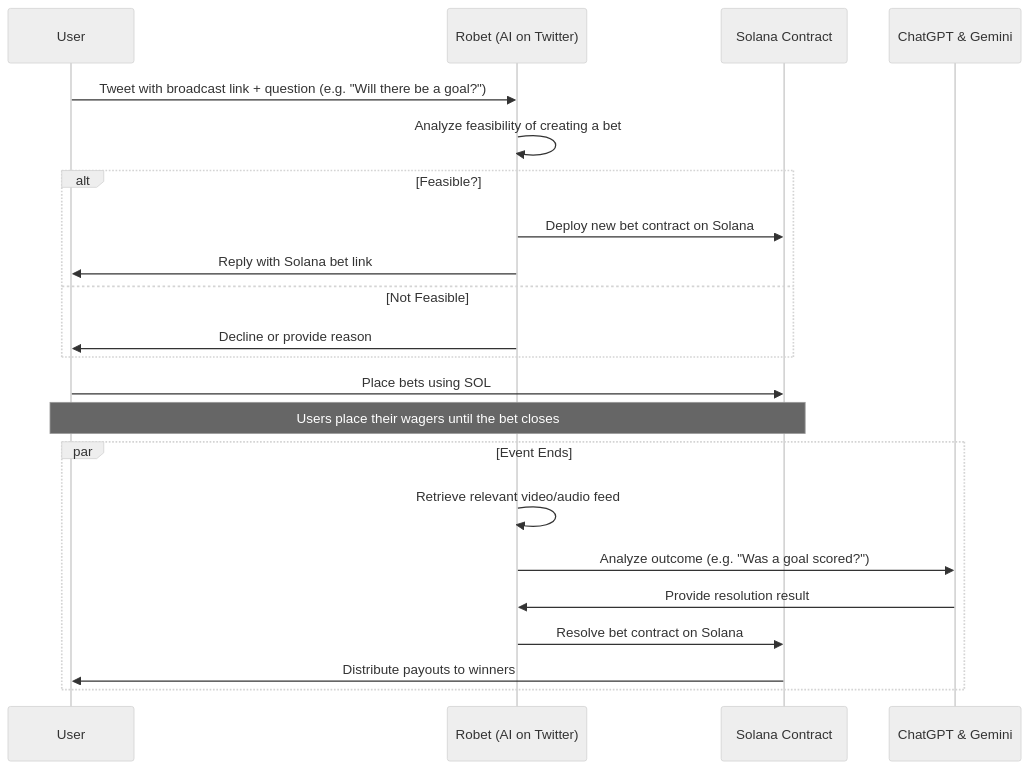
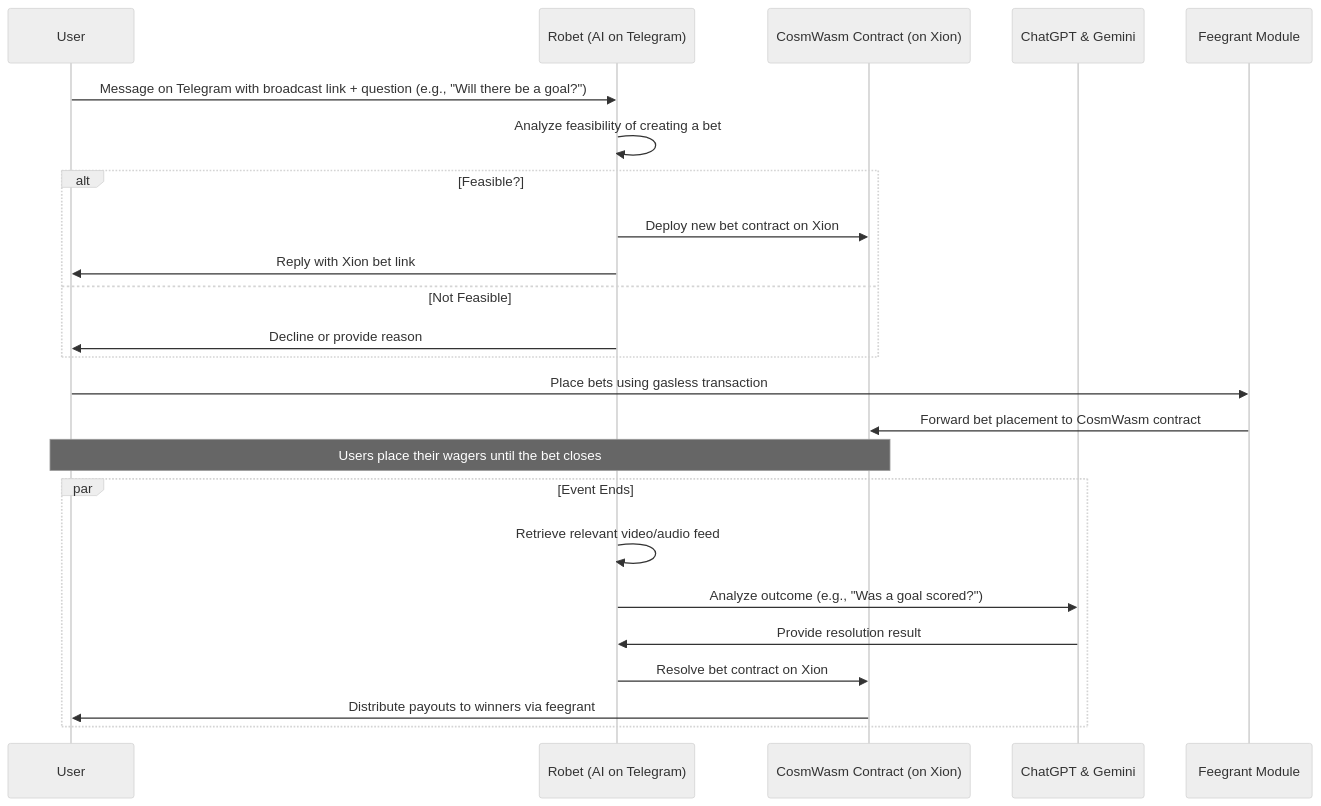
One commit to BakaOtaku/robet_ai changed the diagram in readme.md. Above: the diagram before and after it, drawn with Mermaid (neutral theme). The commit also changed 1 other file, not shown here.

Commit message:
readme update

````diff
--- a/readme.md
+++ b/readme.md
@@ -12,27 +12,28 @@
 ```mermaid
 sequenceDiagram
     participant U as User
-    participant R as Robet (AI on Twitter)
-    participant SC as Solana Contract
+    participant R as Robet (AI on Telegram)
+    participant XC as CosmWasm Contract (on Xion)
     participant AI as ChatGPT & Gemini
+    participant FG as Feegrant Module
 
-    U->>R: Tweet with broadcast link + question (e.g. "Will there be a goal?")
+    U->>R: Message on Telegram with broadcast link + question (e.g., "Will there be a goal?")
     R->>R: Analyze feasibility of creating a bet
     alt Feasible?
-        R->>SC: Deploy new bet contract on Solana
-        R->>U: Reply with Solana bet link
+        R->>XC: Deploy new bet contract on Xion
+        R->>U: Reply with Xion bet link
     else Not Feasible
         R->>U: Decline or provide reason
     end
-    U->>SC: Place bets using SOL
-    note over U,SC: Users place their wagers until the bet closes
+    U->>FG: Place bets using gasless transaction
+    FG->>XC: Forward bet placement to CosmWasm contract
+    note over U,XC: Users place their wagers until the bet closes
 
     par Event Ends
         R->>R: Retrieve relevant video/audio feed
-        R->>AI: Analyze outcome (e.g. "Was a goal scored?")
+        R->>AI: Analyze outcome (e.g., "Was a goal scored?")
         AI->>R: Provide resolution result
-        R->>SC: Resolve bet contract on Solana
-        SC->>U: Distribute payouts to winners
+        R->>XC: Resolve bet contract on Xion
+        XC->>U: Distribute payouts to winners via feegrant
     end
-
 ```
````
